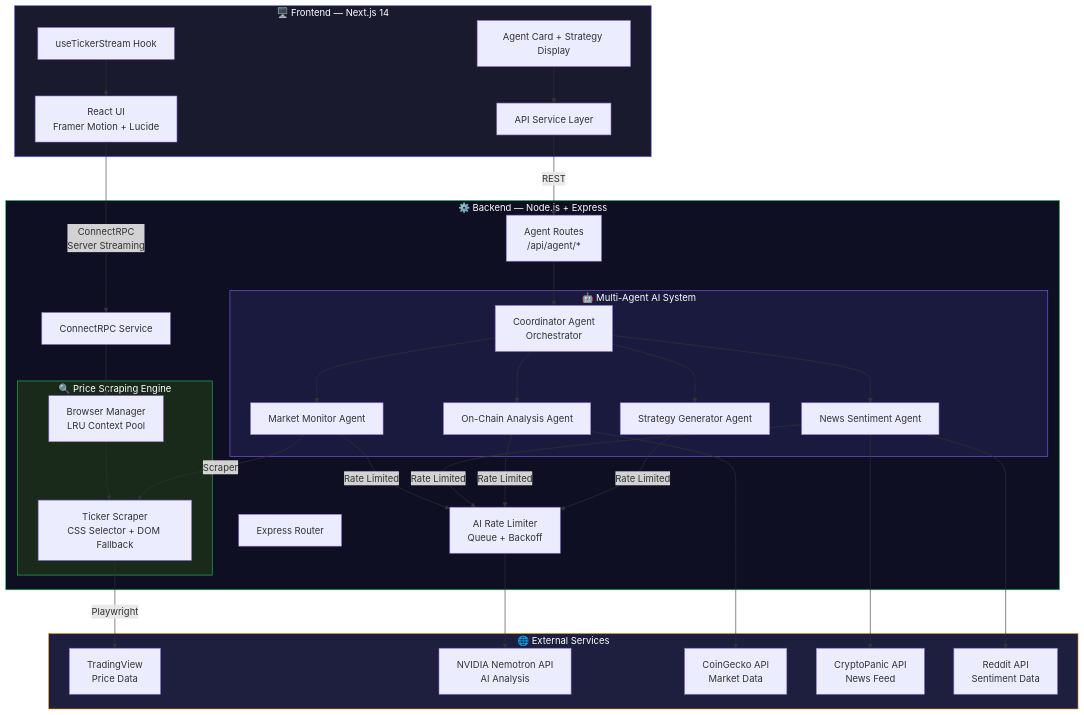
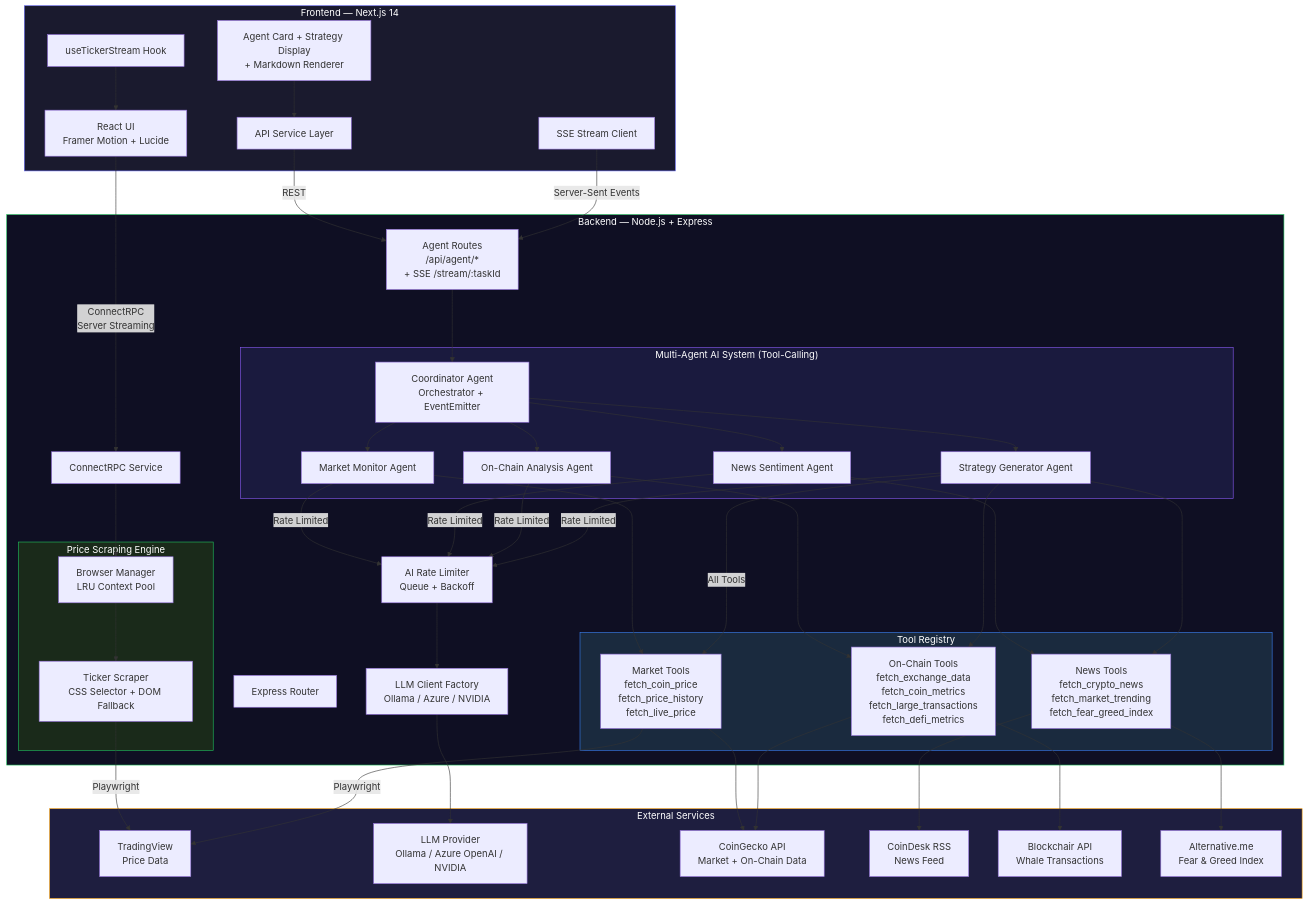
The first of 4 diagrams in README.md (HarshaVardhanMannem/CryptoNexus), drawn with Mermaid before and after one commit. The commit also changed other lines of this file, not shown here.

````diff
--- a/README.md
+++ b/README.md
@@ -24,44 +23,54 @@
 ```mermaid
 graph TB
-    subgraph Client["🖥️ Frontend — Next.js 14"]
+    subgraph Client["Frontend — Next.js 14"]
         UI["React UI<br/>Framer Motion + Lucide"]
         Hook["useTickerStream Hook"]
         API["API Service Layer"]
-        AgentUI["Agent Card + Strategy Display"]
+        SSE["SSE Stream Client"]
+        AgentUI["Agent Card + Strategy Display<br/>+ Markdown Renderer"]
     end
 
-    subgraph Server["⚙️ Backend — Node.js + Express"]
+    subgraph Server["Backend — Node.js + Express"]
         Router["Express Router"]
         CRPC["ConnectRPC Service"]
-        AgentRouter["Agent Routes<br/>/api/agent/*"]
-        
-        subgraph Scraping["🔍 Price Scraping Engine"]
+        AgentRouter["Agent Routes<br/>/api/agent/*<br/>+ SSE /stream/:taskId"]
+
+        subgraph Scraping["Price Scraping Engine"]
             BM["Browser Manager<br/>LRU Context Pool"]
             SC["Ticker Scraper<br/>CSS Selector + DOM Fallback"]
         end
 
-        subgraph Agents["🤖 Multi-Agent AI System"]
-            Coord["Coordinator Agent<br/>Orchestrator"]
+        subgraph Agents["Multi-Agent AI System (Tool-Calling)"]
+            Coord["Coordinator Agent<br/>Orchestrator + EventEmitter"]
             MM["Market Monitor Agent"]
             NS["News Sentiment Agent"]
             OC["On-Chain Analysis Agent"]
             SG["Strategy Generator Agent"]
         end
-        
+
+        subgraph Tools["Tool Registry"]
+            MT["Market Tools<br/>fetch_coin_price<br/>fetch_price_history<br/>fetch_live_price"]
+            NT["News Tools<br/>fetch_crypto_news<br/>fetch_market_trending<br/>fetch_fear_greed_index"]
+            OT["On-Chain Tools<br/>fetch_exchange_data<br/>fetch_coin_metrics<br/>fetch_large_transactions<br/>fetch_defi_metrics"]
+        end
+
         RL["AI Rate Limiter<br/>Queue + Backoff"]
+        LLM["LLM Client Factory<br/>Ollama / Azure / NVIDIA"]
     end
 
-    subgraph External["🌐 External Services"]
+    subgraph External["External Services"]
         TV["TradingView<br/>Price Data"]
-        NVIDIA["NVIDIA Nemotron API<br/>AI Analysis"]
-        CG["CoinGecko API<br/>Market Data"]
-        News["CryptoPanic API<br/>News Feed"]
-        Reddit["Reddit API<br/>Sentiment Data"]
+        AI["LLM Provider<br/>Ollama / Azure OpenAI / NVIDIA"]
+        CG["CoinGecko API<br/>Market + On-Chain Data"]
+        News["CoinDesk RSS<br/>News Feed"]
+        BC["Blockchair API<br/>Whale Transactions"]
+        FG["Alternative.me<br/>Fear & Greed Index"]
     end
 
     UI -->|"ConnectRPC<br/>Server Streaming"| CRPC
     Hook --> UI
     API -->|"REST"| AgentRouter
+    SSE -->|"Server-Sent Events"| AgentRouter
     AgentUI --> API
 
     CRPC --> BM
@@ -74,20 +83,31 @@
     Coord --> OC
     Coord --> SG
 
-    MM -->|"Scraper"| SC
+    MM --> MT
+    NS --> NT
+    OC --> OT
+    SG -->|"All Tools"| MT
+    SG --> NT
+    SG --> OT
+
     MM -->|"Rate Limited"| RL
     NS -->|"Rate Limited"| RL
     OC -->|"Rate Limited"| RL
     SG -->|"Rate Limited"| RL
 
-    RL --> NVIDIA
-    NS --> News
-    NS --> Reddit
-    OC --> CG
+    RL --> LLM
+    LLM --> AI
+    MT --> CG
+    MT -->|"Playwright"| TV
+    NT --> News
+    NT --> FG
+    OT --> CG
+    OT --> BC
 
     style Client fill:#1a1a2e,color:#fff,stroke:#6366f1
     style Server fill:#0f0f23,color:#fff,stroke:#22c55e
     style External fill:#1e1e3f,color:#fff,stroke:#f59e0b
     style Agents fill:#1a1a3e,color:#fff,stroke:#8b5cf6
+    style Tools fill:#1a2a3e,color:#fff,stroke:#3b82f6
     style Scraping fill:#1a2a1a,color:#fff,stroke:#22c55e
 ```
````
